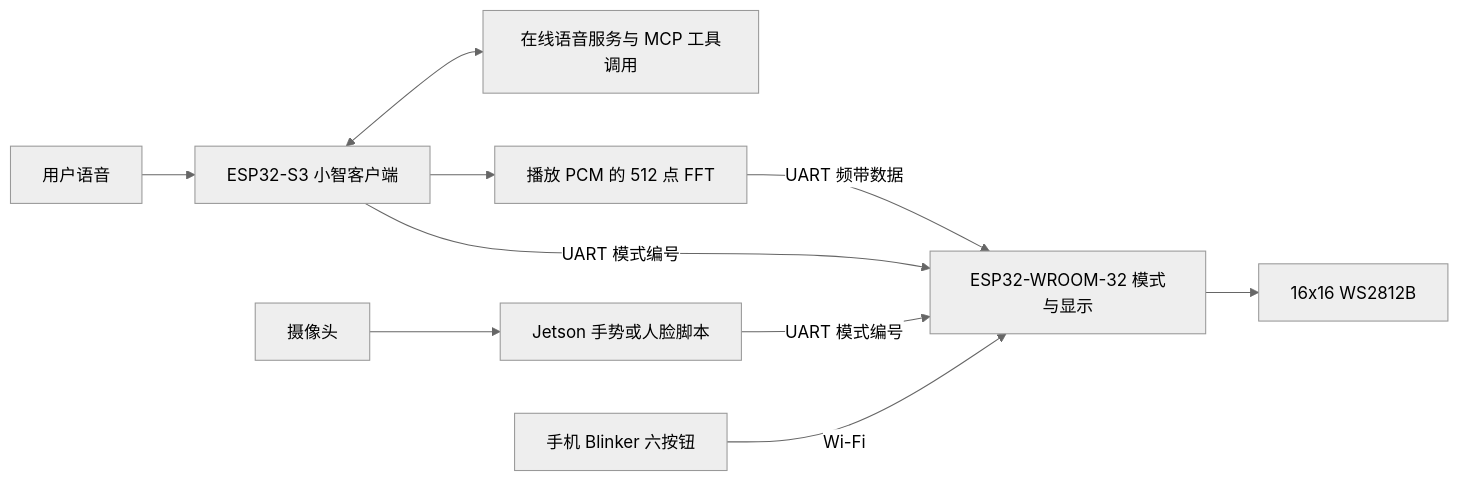
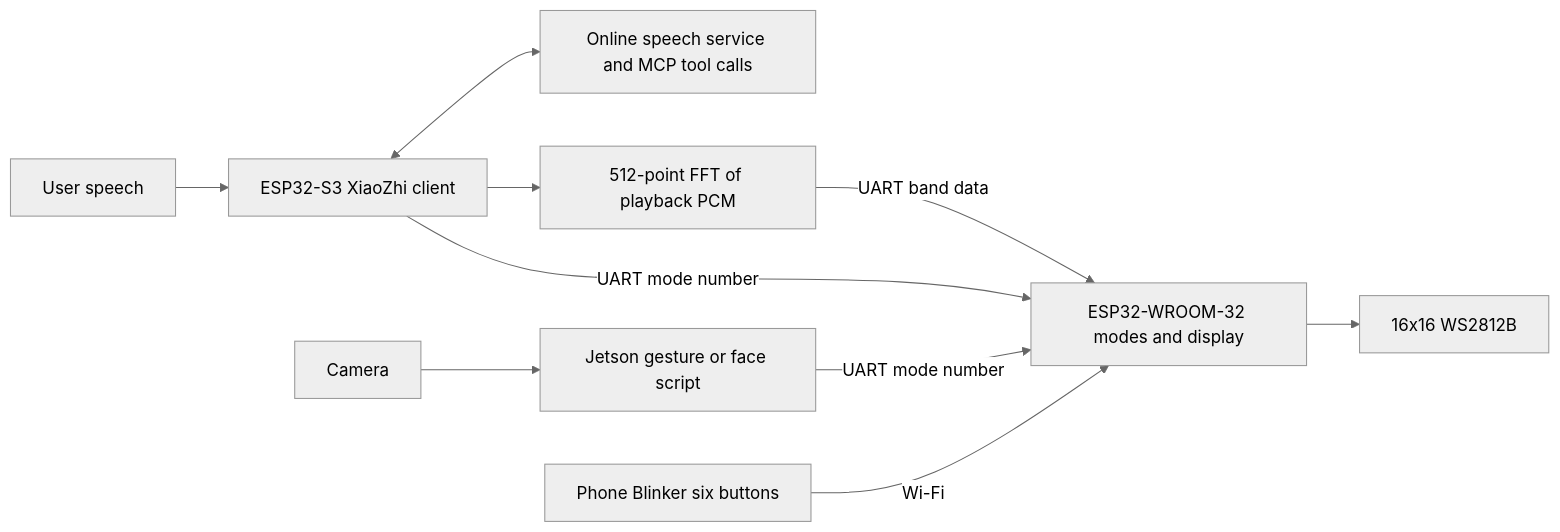
Before and after one commit to DongFengPo1412/Intelligent-Lighting-Control-System-Mid: the diagram in README.md, drawn with Mermaid (neutral theme). The commit also changed other lines of this file and 3 other files, not shown here.

````diff
--- a/README.md
+++ b/README.md
@@ -19,12 +19,12 @@
 ```mermaid
 flowchart LR
-    User[用户语音] --> S3[ESP32-S3 小智客户端]
-    S3 <--> Service[在线语音服务与 MCP 工具调用]
-    S3 --> DSP[播放 PCM 的 512 点 FFT]
-    DSP -->|UART 频带数据| WROOM[ESP32-WROOM-32 模式与显示]
-    S3 -->|UART 模式编号| WROOM
-    Camera[摄像头] --> Jetson[Jetson 手势或人脸脚本]
-    Jetson -->|UART 模式编号| WROOM
-    Phone[手机 Blinker 六按钮] -->|Wi-Fi| WROOM
+    User[User speech] --> S3[ESP32-S3 XiaoZhi client]
+    S3 <--> Service[Online speech service and MCP tool calls]
+    S3 --> DSP[512-point FFT of playback PCM]
+    DSP -->|UART band data| WROOM[ESP32-WROOM-32 modes and display]
+    S3 -->|UART mode number| WROOM
+    Camera[Camera] --> Jetson[Jetson gesture or face script]
+    Jetson -->|UART mode number| WROOM
+    Phone[Phone Blinker six buttons] -->|Wi-Fi| WROOM
     WROOM --> Matrix[16x16 WS2812B]
 ```
````
